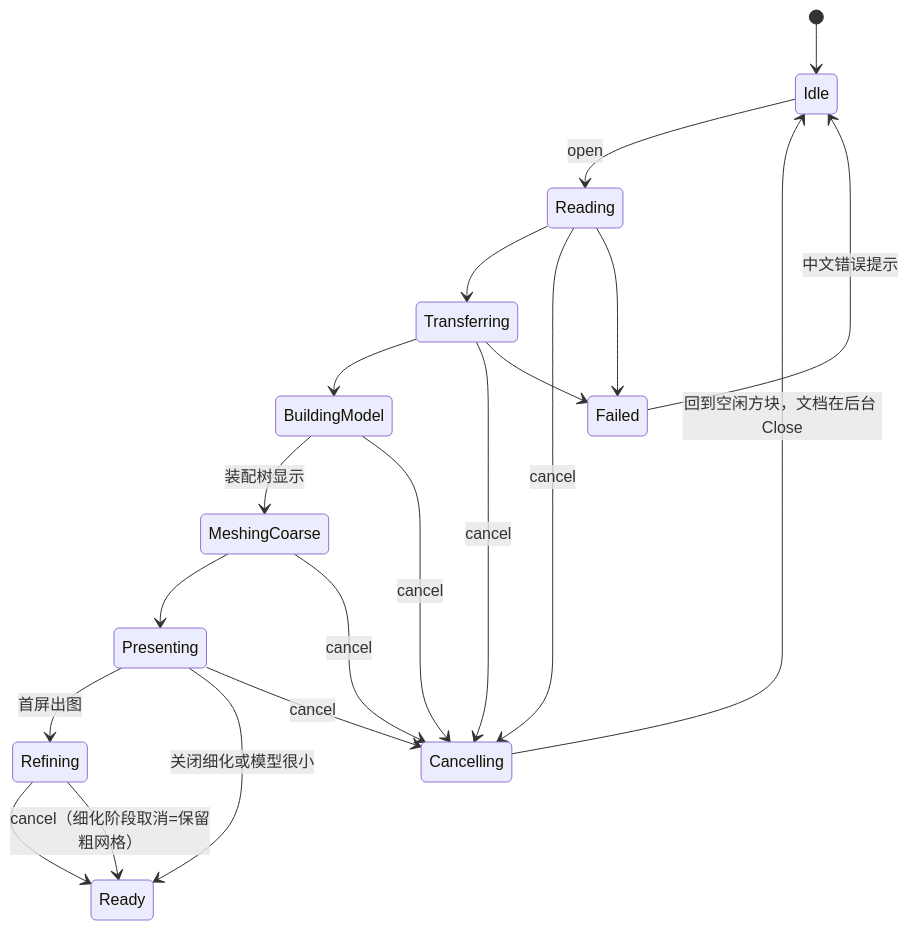
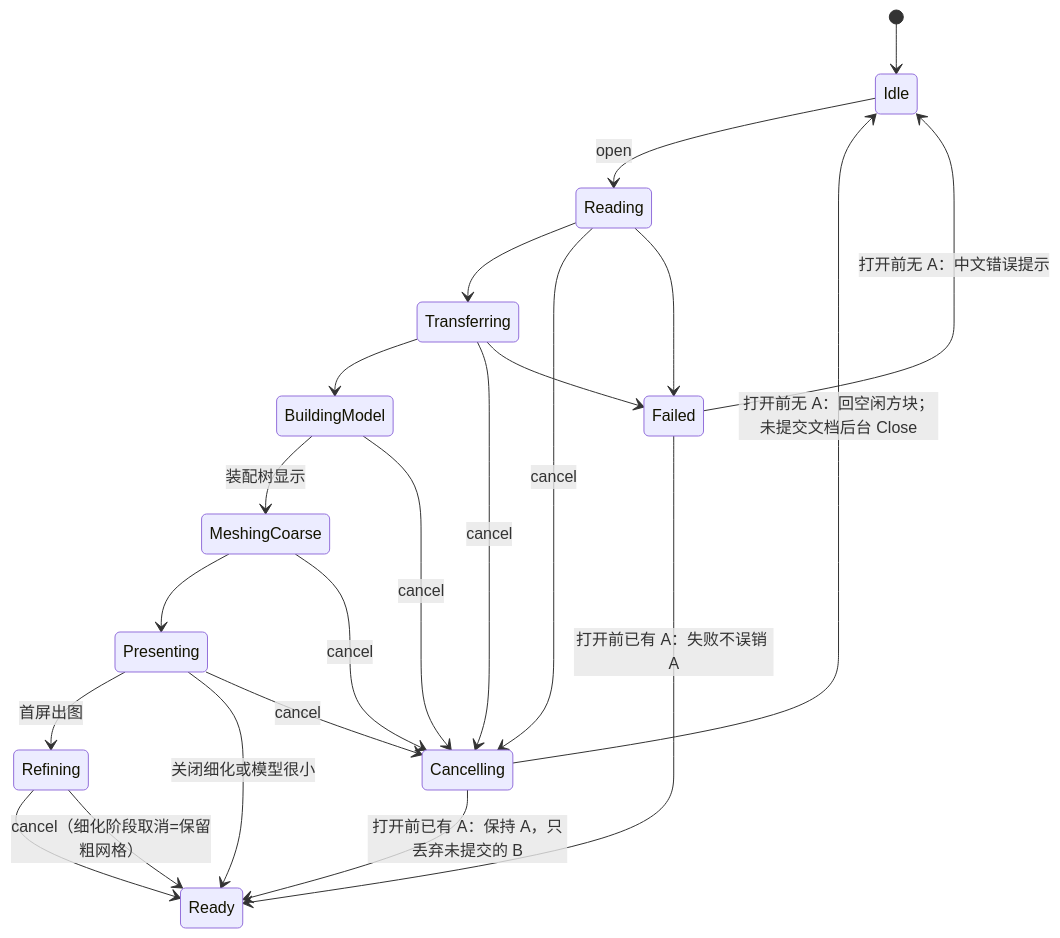
One commit to gdTang123/StepLens changed the third of 4 diagrams in docs/design/step-viewer-architecture.md. Above: the diagram before and after it, drawn with Mermaid. The commit also changed other lines of this file and 38 other files, not shown here.

````diff
--- a/docs/design/step-viewer-architecture.md
+++ b/docs/design/step-viewer-architecture.md
@@ -918,22 +920,24 @@
 ```mermaid
 stateDiagram-v2
     [*] --> Idle
     Idle --> Reading: open
     Reading --> Transferring
     Transferring --> BuildingModel
     BuildingModel --> MeshingCoarse: 装配树显示
     MeshingCoarse --> Presenting
     Presenting --> Refining: 首屏出图
     Refining --> Ready
     Presenting --> Ready: 关闭细化或模型很小
     Reading --> Cancelling: cancel
     Transferring --> Cancelling: cancel
     BuildingModel --> Cancelling: cancel
     MeshingCoarse --> Cancelling: cancel
     Presenting --> Cancelling: cancel
     Refining --> Ready: cancel（细化阶段取消=保留粗网格）
-    Cancelling --> Idle: 回到空闲方块，文档在后台 Close
+    Cancelling --> Ready: 打开前已有 A：保持 A，只丢弃未提交的 B
+    Cancelling --> Idle: 打开前无 A：回空闲方块；未提交文档后台 Close
     Reading --> Failed
     Transferring --> Failed
-    Failed --> Idle: 中文错误提示
+    Failed --> Ready: 打开前已有 A：失败不误销 A
+    Failed --> Idle: 打开前无 A：中文错误提示
 ```
````
